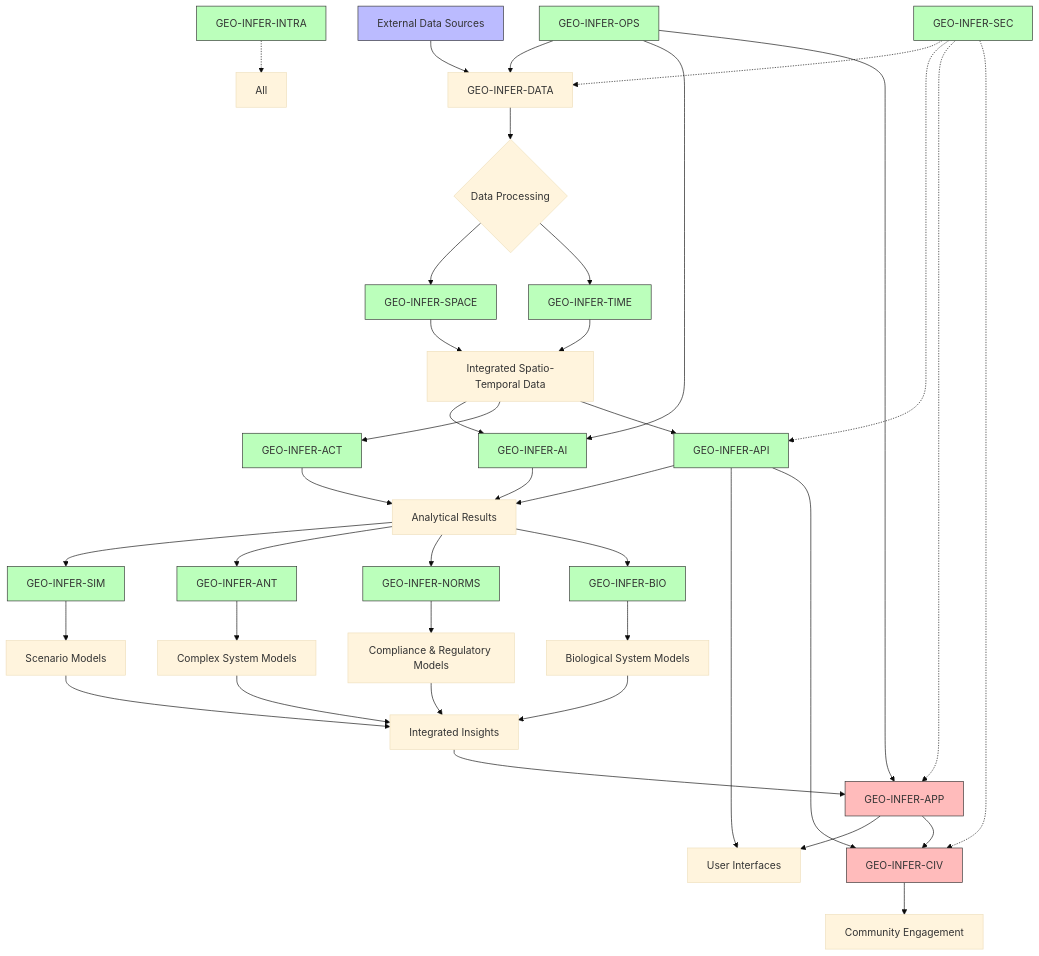
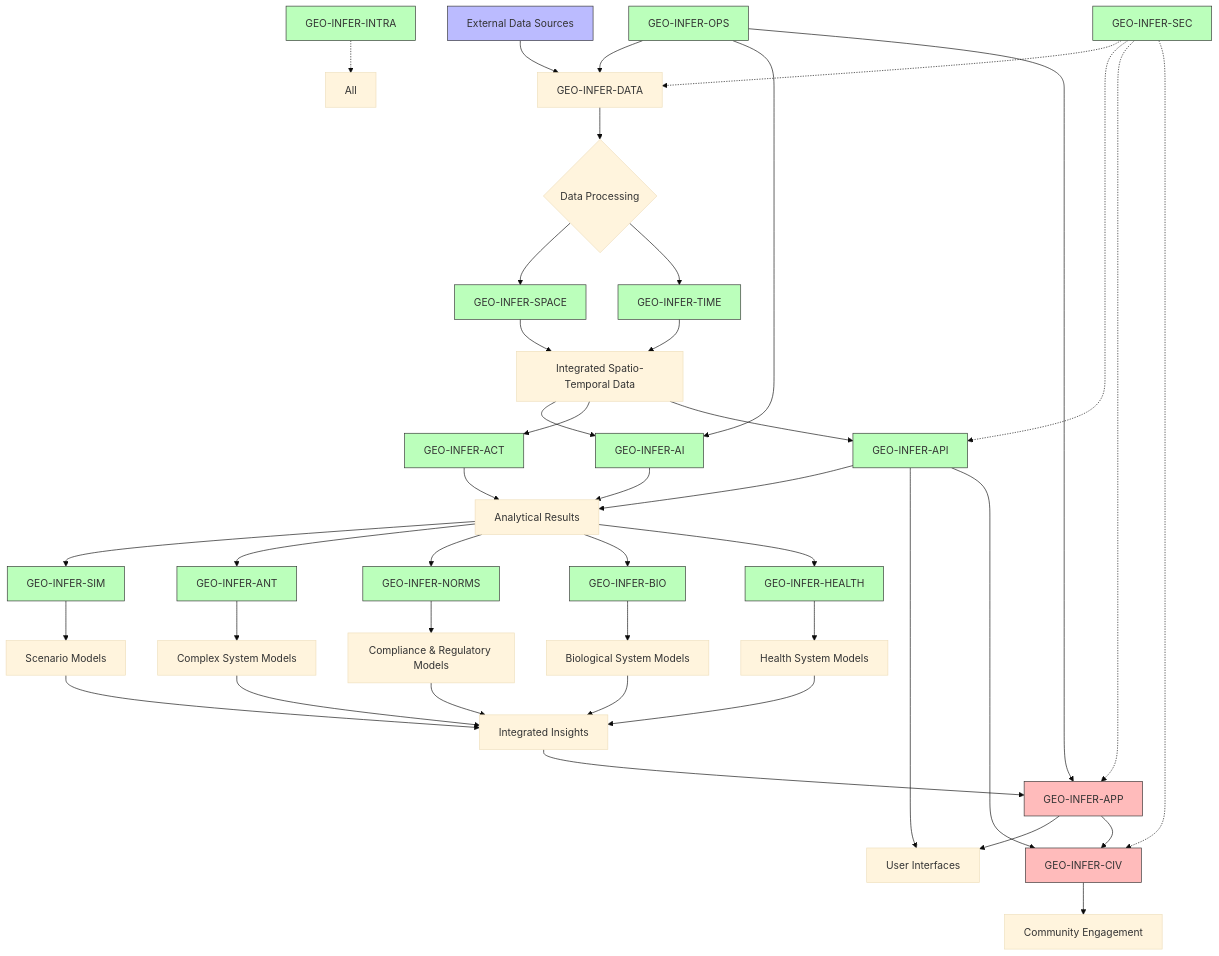
One commit to ActiveInferenceInstitute/GEO-INFER changed the fourth of 5 diagrams in README.md. Above: the diagram before and after it, drawn with Mermaid (base theme). The commit also changed other lines of this file and 101 other files, not shown here.

````diff
--- a/README.md
+++ b/README.md
@@ -610,42 +621,44 @@
 ```mermaid
 flowchart TD
     classDef input fill:#bbf,stroke:#333,stroke-width:1px
     classDef process fill:#bfb,stroke:#333,stroke-width:1px
     classDef output fill:#fbb,stroke:#333,stroke-width:1px
     
     %% Data Collection & Processing
     A[External Data Sources]:::input --> B[GEO-INFER-DATA]
     B --> C{Data Processing}
     C --> D[GEO-INFER-SPACE]:::process
     C --> E[GEO-INFER-TIME]:::process
     
     %% Analysis Pipeline
     D & E --> F[Integrated Spatio-Temporal Data]
     F --> G[GEO-INFER-AI]:::process
     F --> H[GEO-INFER-ACT]:::process
     F --> X[GEO-INFER-SPM]:::process
     G & H & X --> I[Analytical Results]
     
     %% Simulation & Modeling
     I --> J[GEO-INFER-SIM]:::process
     J --> K[Scenario Models]
     I --> L[GEO-INFER-ANT]:::process
     L --> M[Complex System Models]
     I --> N[GEO-INFER-NORMS]:::process
     N --> O[Compliance & Regulatory Models]
     I --> P[GEO-INFER-BIO]:::process
     P --> Q[Biological System Models]
+    I --> HEALTH_MOD[GEO-INFER-HEALTH]:::process
+    HEALTH_MOD --> HEALTH_MOD_OUT[Health System Models]
     
     %% Presentation & Interaction
-    K & M & O & Q --> R[Integrated Insights]
+    K & M & O & Q & HEALTH_MOD_OUT --> R[Integrated Insights]
     R --> S[GEO-INFER-APP]:::output
     S --> T[User Interfaces]
     S --> U[GEO-INFER-CIV]:::output
     U --> V[Community Engagement]
     
     %% Core Services
     W[GEO-INFER-OPS]:::process --> B & G & S
     X[GEO-INFER-API]:::process --> T & U
     Y[GEO-INFER-SEC]:::process -.-> B & X & S & U
     Z[GEO-INFER-INTRA]:::process -.-> All
 ```
````
